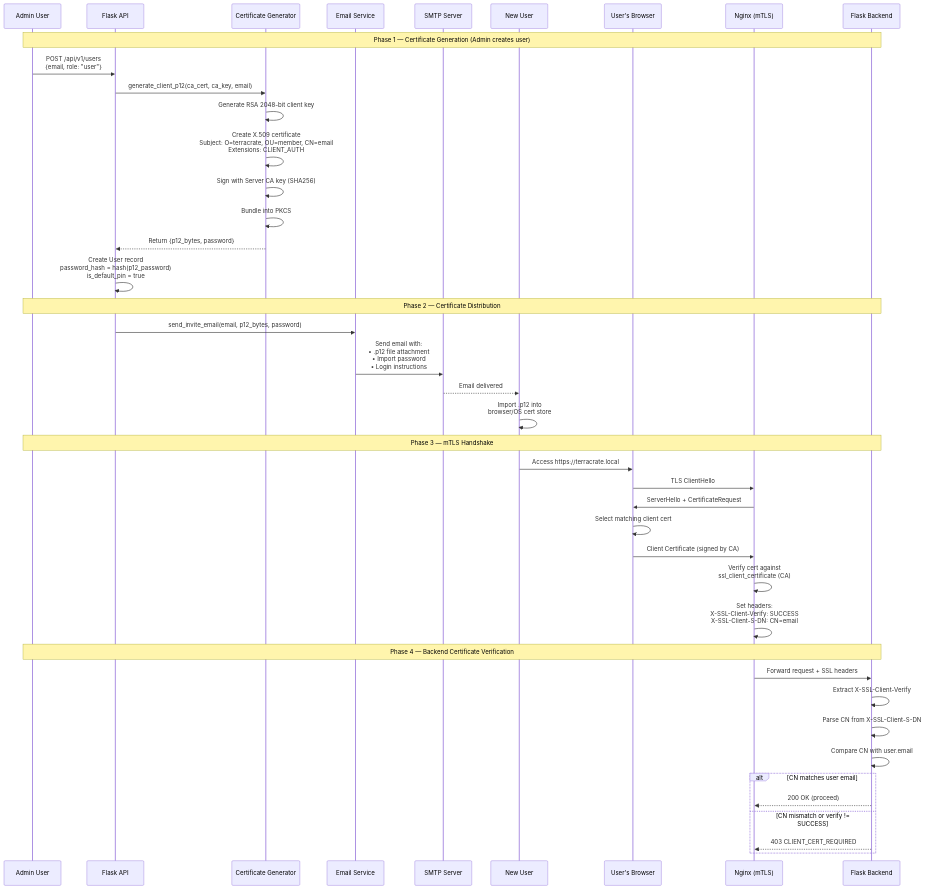
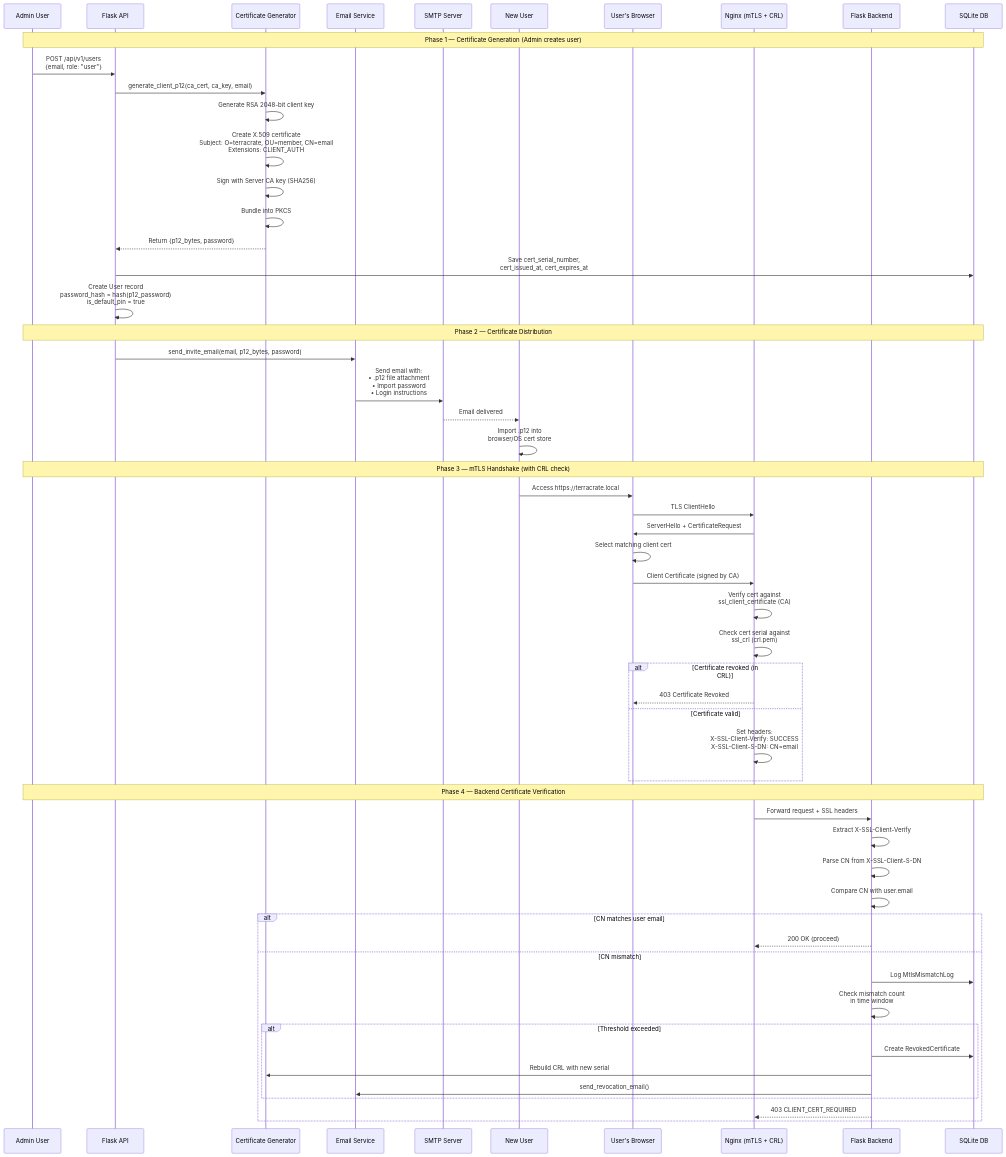
One commit to andreas-04/thumbs-up changed the diagram in docs/diagrams/05-certificate-mtls.mmd. Above: the diagram before and after it, drawn with Mermaid. The commit also changed 9 other files, not shown here.

Commit message:
docs: Update architecture and diagrams for new log collector and cert revokation features

```diff
--- a/docs/diagrams/05-certificate-mtls.mmd
+++ b/docs/diagrams/05-certificate-mtls.mmd
@@ -1,47 +1,62 @@
 sequenceDiagram
     participant Admin as Admin User
     participant API as Flask API
     participant CertGen as Certificate Generator
     participant Email as Email Service
     participant SMTP as SMTP Server
     participant NewUser as New User
     participant BrowserCert as User's Browser
-    participant NginxTLS as Nginx (mTLS)
+    participant NginxTLS as Nginx (mTLS + CRL)
     participant Backend as Flask Backend
+    participant DB as SQLite DB
 
-    Note over Admin,Backend: Phase 1 — Certificate Generation (Admin creates user)
+    Note over Admin,DB: Phase 1 — Certificate Generation (Admin creates user)
     Admin->>API: POST /api/v1/users<br/>{email, role: "user"}
     API->>CertGen: generate_client_p12(ca_cert, ca_key, email)
     CertGen->>CertGen: Generate RSA 2048-bit client key
     CertGen->>CertGen: Create X.509 certificate<br/>Subject: O=terracrate, OU=member, CN=email<br/>Extensions: CLIENT_AUTH
     CertGen->>CertGen: Sign with Server CA key (SHA256)
     CertGen->>CertGen: Bundle into PKCS#12 (.p12)<br/>with random password
     CertGen-->>API: Return {p12_bytes, password}
+    API->>DB: Save cert_serial_number,<br/>cert_issued_at, cert_expires_at
     API->>API: Create User record<br/>password_hash = hash(p12_password)<br/>is_default_pin = true
 
-    Note over Admin,Backend: Phase 2 — Certificate Distribution
+    Note over Admin,DB: Phase 2 — Certificate Distribution
     API->>Email: send_invite_email(email, p12_bytes, password)
     Email->>SMTP: Send email with:<br/>• .p12 file attachment<br/>• Import password<br/>• Login instructions
     SMTP-->>NewUser: Email delivered
     NewUser->>NewUser: Import .p12 into<br/>browser/OS cert store
 
-    Note over Admin,Backend: Phase 3 — mTLS Handshake
+    Note over Admin,DB: Phase 3 — mTLS Handshake (with CRL check)
     NewUser->>BrowserCert: Access https://terracrate.local
     BrowserCert->>NginxTLS: TLS ClientHello
     NginxTLS->>BrowserCert: ServerHello + CertificateRequest
     BrowserCert->>BrowserCert: Select matching client cert
     BrowserCert->>NginxTLS: Client Certificate (signed by CA)
     NginxTLS->>NginxTLS: Verify cert against<br/>ssl_client_certificate (CA)
-    NginxTLS->>NginxTLS: Set headers:<br/>X-SSL-Client-Verify: SUCCESS<br/>X-SSL-Client-S-DN: CN=email
+    NginxTLS->>NginxTLS: Check cert serial against<br/>ssl_crl (crl.pem)
 
-    Note over Admin,Backend: Phase 4 — Backend Certificate Verification
+    alt Certificate revoked (in CRL)
+        NginxTLS-->>BrowserCert: 403 Certificate Revoked
+    else Certificate valid
+        NginxTLS->>NginxTLS: Set headers:<br/>X-SSL-Client-Verify: SUCCESS<br/>X-SSL-Client-S-DN: CN=email
+    end
+
+    Note over Admin,DB: Phase 4 — Backend Certificate Verification
     NginxTLS->>Backend: Forward request + SSL headers
     Backend->>Backend: Extract X-SSL-Client-Verify
     Backend->>Backend: Parse CN from X-SSL-Client-S-DN
     Backend->>Backend: Compare CN with user.email
 
     alt CN matches user email
         Backend-->>NginxTLS: 200 OK (proceed)
-    else CN mismatch or verify != SUCCESS
+    else CN mismatch
+        Backend->>DB: Log MtlsMismatchLog
+        Backend->>Backend: Check mismatch count<br/>in time window
+        alt Threshold exceeded
+            Backend->>DB: Create RevokedCertificate
+            Backend->>CertGen: Rebuild CRL with new serial
+            Backend->>Email: send_revocation_email()
+        end
         Backend-->>NginxTLS: 403 CLIENT_CERT_REQUIRED
     end
```
